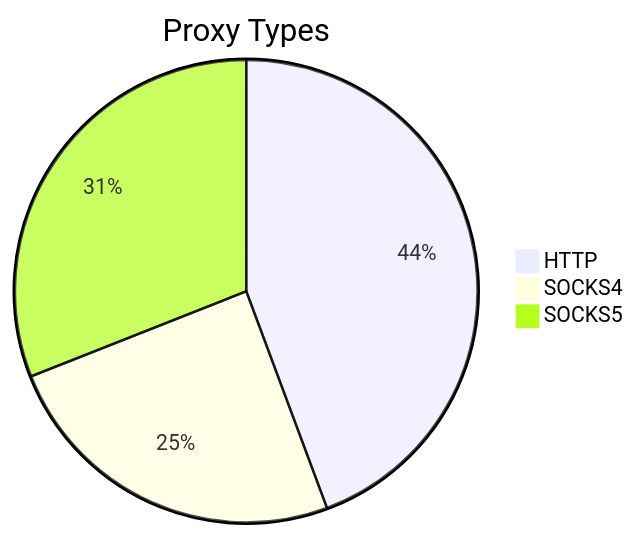
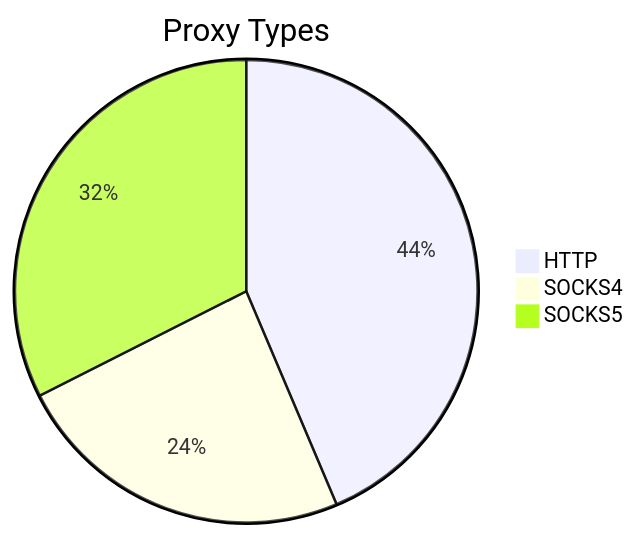
One commit to stormsia/proxy-list changed the first of 2 diagrams in README.md. Above: the diagram before and after it, drawn with Mermaid. The commit also changed other lines of this file, not shown here.

````diff
--- a/README.md
+++ b/README.md
@@ -21,6 +21,6 @@
 ```mermaid
 pie title Proxy Types
-    "HTTP" : 246
-    "SOCKS4" : 137
-    "SOCKS5" : 172
+    "HTTP" : 164
+    "SOCKS4" : 90
+    "SOCKS5" : 122
 ```
````
